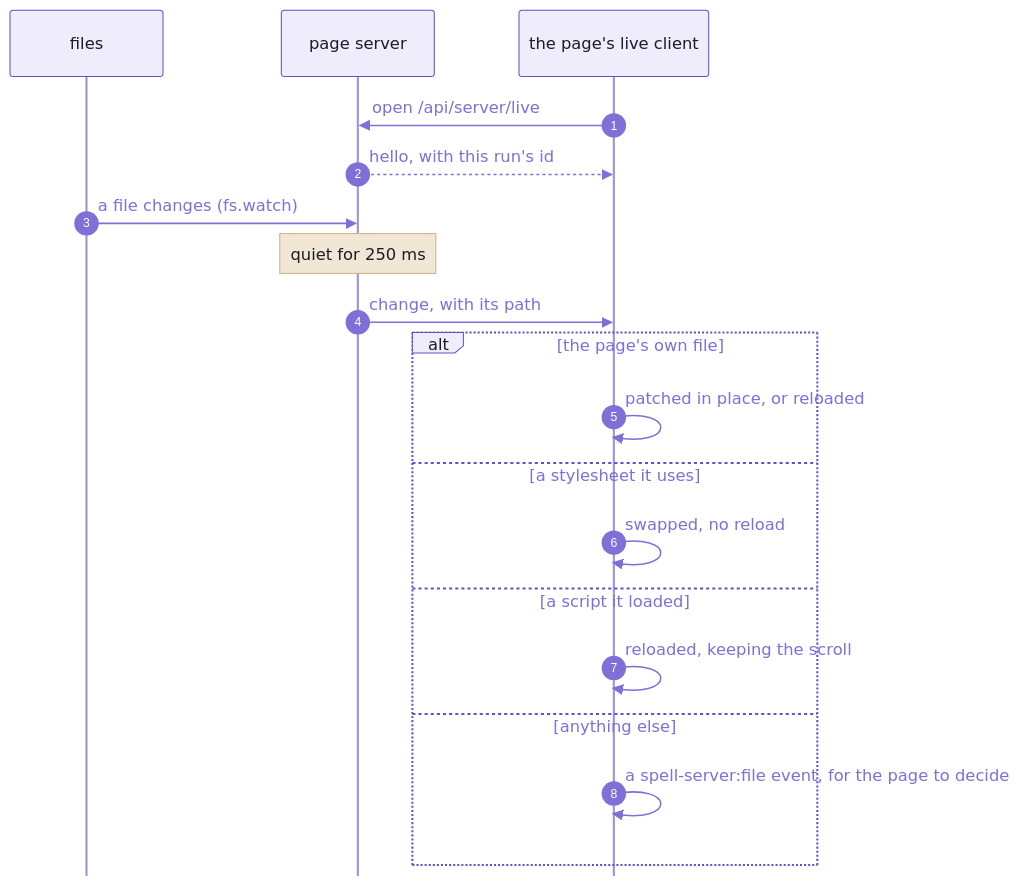
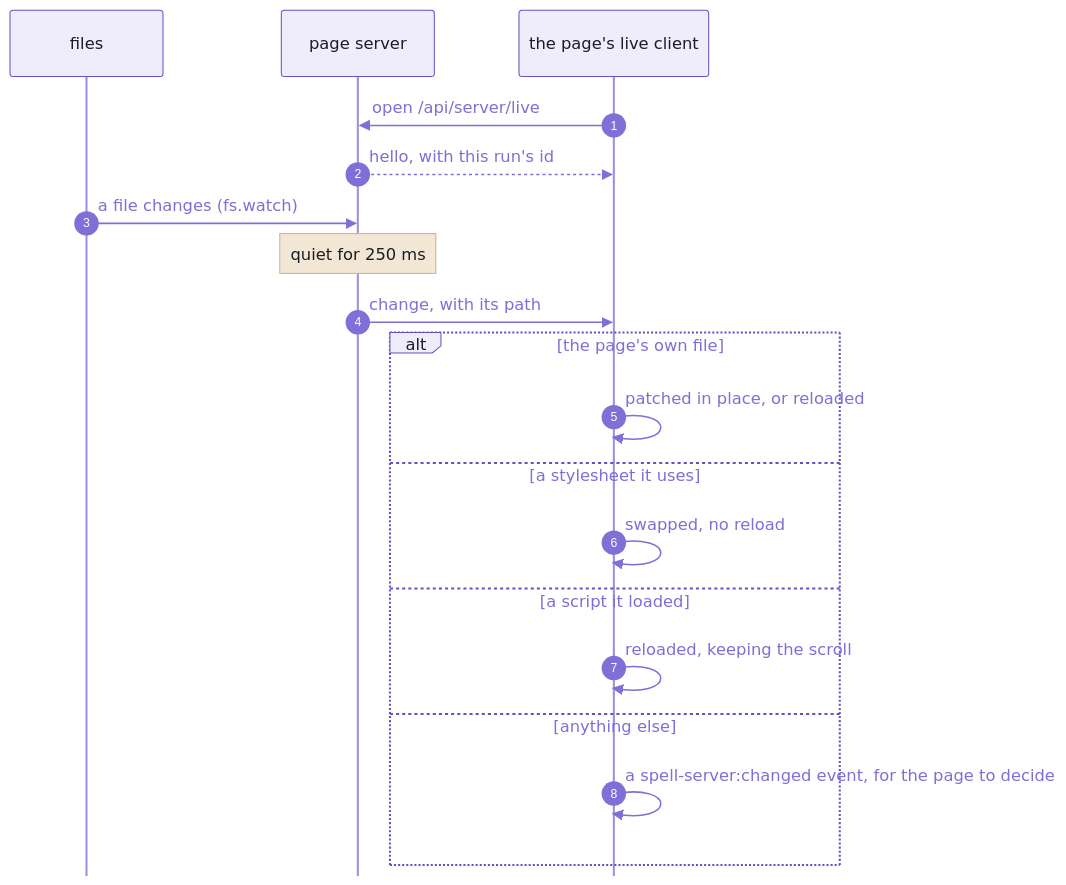
One commit to spell-app/spell changed the third of 6 diagrams in README-server.md. Above: the diagram before and after it, drawn with Mermaid. The commit also changed other lines of this file and 18 other files, not shown here.

````diff
--- a/README-server.md
+++ b/README-server.md
@@ -318,22 +318,22 @@
 ```mermaid
 %%{init: {"theme":"base","themeVariables":{"fontFamily":"-apple-system, BlinkMacSystemFont, Segoe UI, Helvetica, Arial, sans-serif","fontSize":"15px","primaryColor":"#EFECFB","primaryBorderColor":"#6550CA","primaryTextColor":"#1A1C27","secondaryColor":"#F4F1E9","tertiaryColor":"#F7F6FC","lineColor":"#7F6FD6","textColor":"#7F6FD6","clusterBkg":"#F7F6FC","clusterBorder":"#B9B0E8","titleColor":"#1A1C27","edgeLabelBackground":"#F7F6FC","actorBkg":"#EFECFB","actorBorder":"#6550CA","actorTextColor":"#1A1C27","actorLineColor":"#9C90DE","signalColor":"#7F6FD6","signalTextColor":"#7F6FD6","labelBoxBkgColor":"#EFECFB","labelBoxBorderColor":"#6550CA","labelTextColor":"#1A1C27","loopTextColor":"#7F6FD6","noteBkgColor":"#F1E7D4","noteBorderColor":"#C9B48A","noteTextColor":"#1A1C27","activationBkgColor":"#DCD6F7","activationBorderColor":"#6550CA","sequenceNumberColor":"#FFFFFF"},"sequence":{"mirrorActors":false,"messageAlign":"left","noteAlign":"left"}}}%%
 sequenceDiagram
   autonumber
   participant disk as files
   participant server as page server
   participant page as the page's live client
   page->>server: open /api/server/live
   server-->>page: hello, with this run's id
   disk->>server: a file changes (fs.watch)
   Note over server: quiet for 250 ms
   server->>page: change, with its path
   alt the page's own file
     page->>page: patched in place, or reloaded
   else a stylesheet it uses
     page->>page: swapped, no reload
   else a script it loaded
     page->>page: reloaded, keeping the scroll
   else anything else
-    page->>page: a spell-server:file event, for the page to decide
+    page->>page: a spell-server:changed event, for the page to decide
   end
 ```
````
